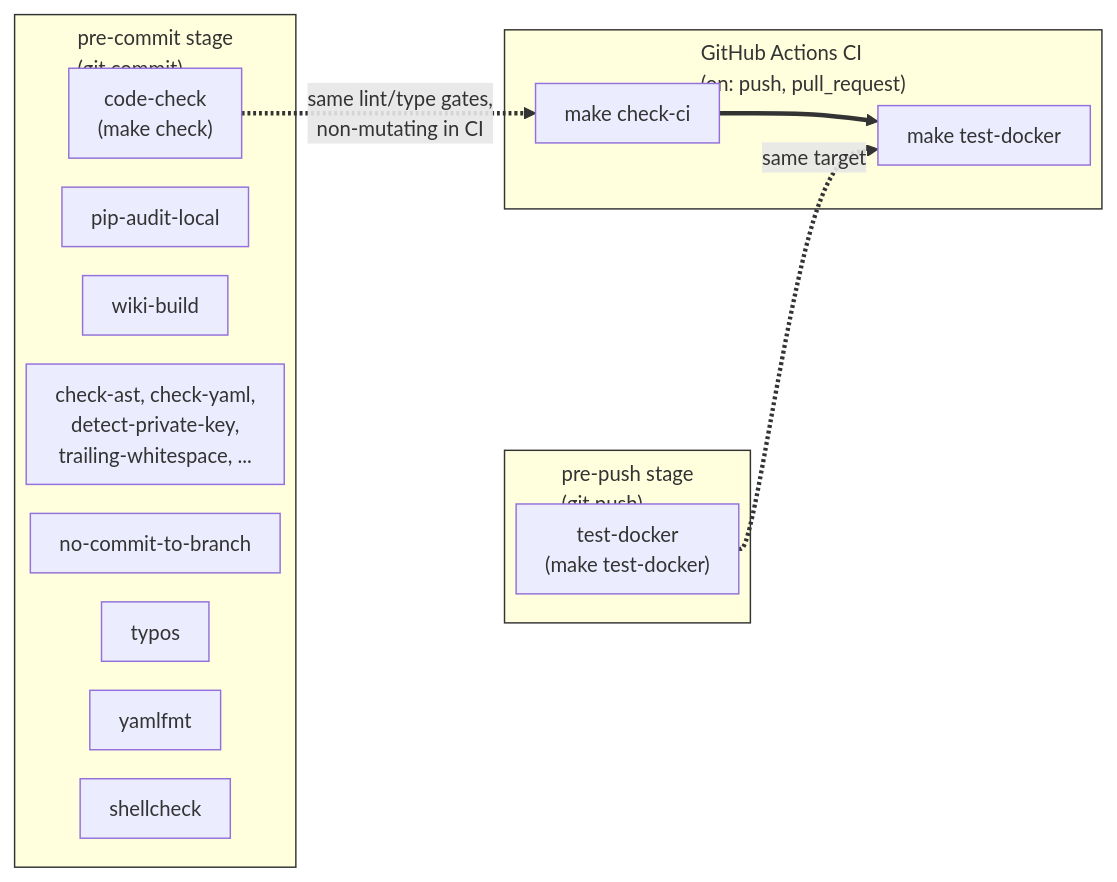
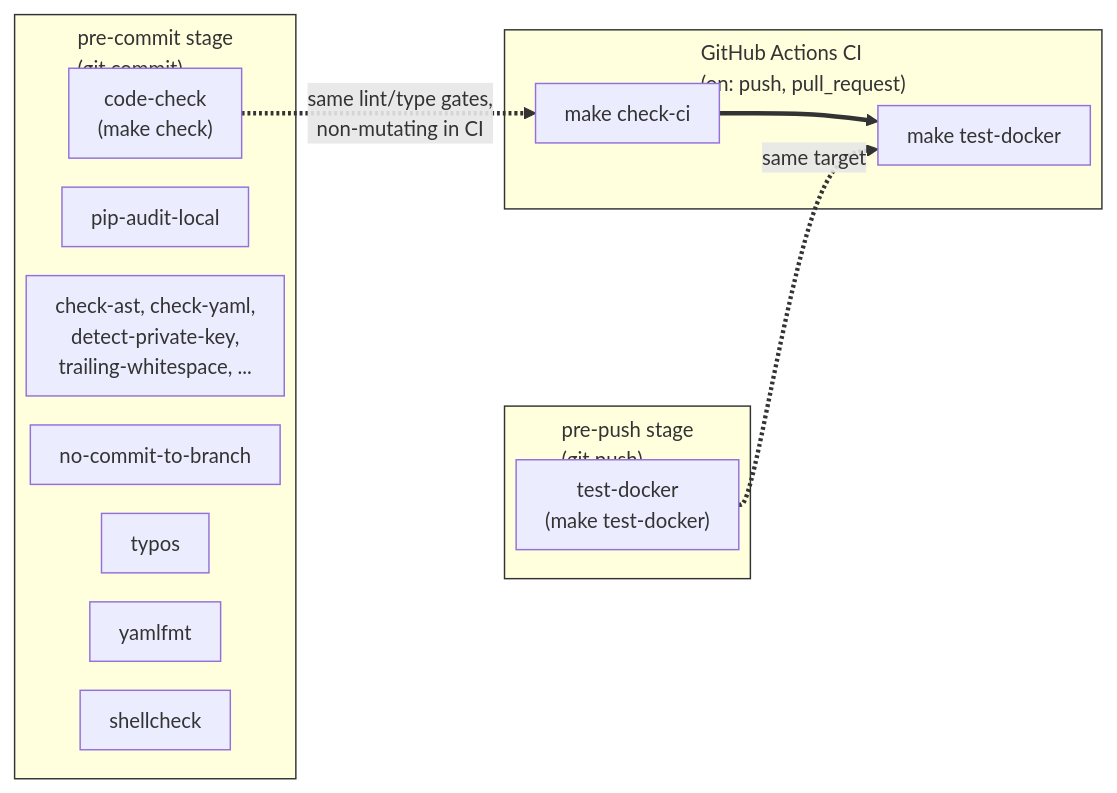
Before and after one commit to Kgotso-Koete/fastapi-clean-example: the second of 2 diagrams in docs/wiki/content/development-guide/version-control.md, drawn with Mermaid. The commit also changed other lines of this file and 34 other files, not shown here.

````diff
--- a/docs/wiki/content/development-guide/version-control.md
+++ b/docs/wiki/content/development-guide/version-control.md
@@ -107,32 +106,31 @@
     ```mermaid
     %%{init: {"theme": "default", "themeVariables": {"fontSize": "14px"}, "flowchart": {"nodeSpacing": 20, "rankSpacing": 16, "padding": 10, "subGraphTitleMargin": {"top": 5, "bottom": 12}, "useMaxWidth": false}}}%%
     flowchart LR
         subgraph precommit["pre-commit stage<br/>(git commit)"]
             codecheck["code-check<br/>(make check)"]
             pipaudit["pip-audit-local"]
-            wikibuild["wiki-build"]
             stdhooks["check-ast, check-yaml,<br/>detect-private-key,<br/>trailing-whitespace, ..."]
             nocommit["no-commit-to-branch"]
             typos["typos"]
             yamlfmt["yamlfmt"]
             shellcheck["shellcheck"]
         end
 
         subgraph prepush["pre-push stage<br/>(git push)"]
             testdocker["test-docker<br/>(make test-docker)"]
         end
 
         subgraph ci["GitHub Actions CI<br/>(on: push, pull_request)"]
             checkci["make check-ci"]
             testdockerci["make test-docker"]
             checkci --> testdockerci
         end
 
         codecheck -.->|"same lint/type gates,<br/>non-mutating in CI"| checkci
         testdocker -.->|"same target"| testdockerci
 
         linkStyle default stroke-width:3px,stroke:#333333
         style precommit stroke-width:1px,stroke:#333333
         style prepush stroke-width:1px,stroke:#333333
         style ci stroke-width:1px,stroke:#333333
     ```
````
